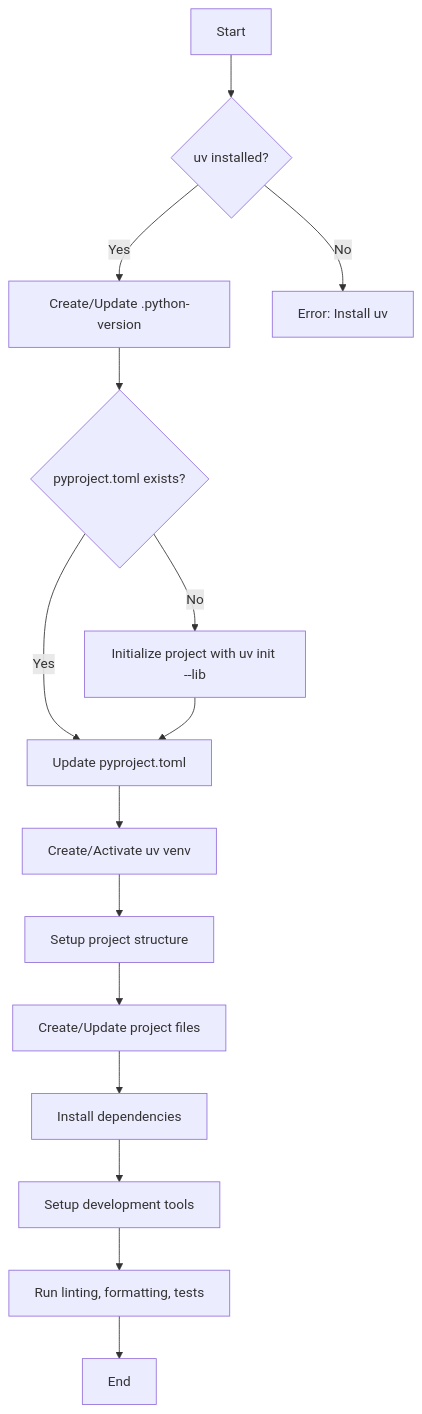
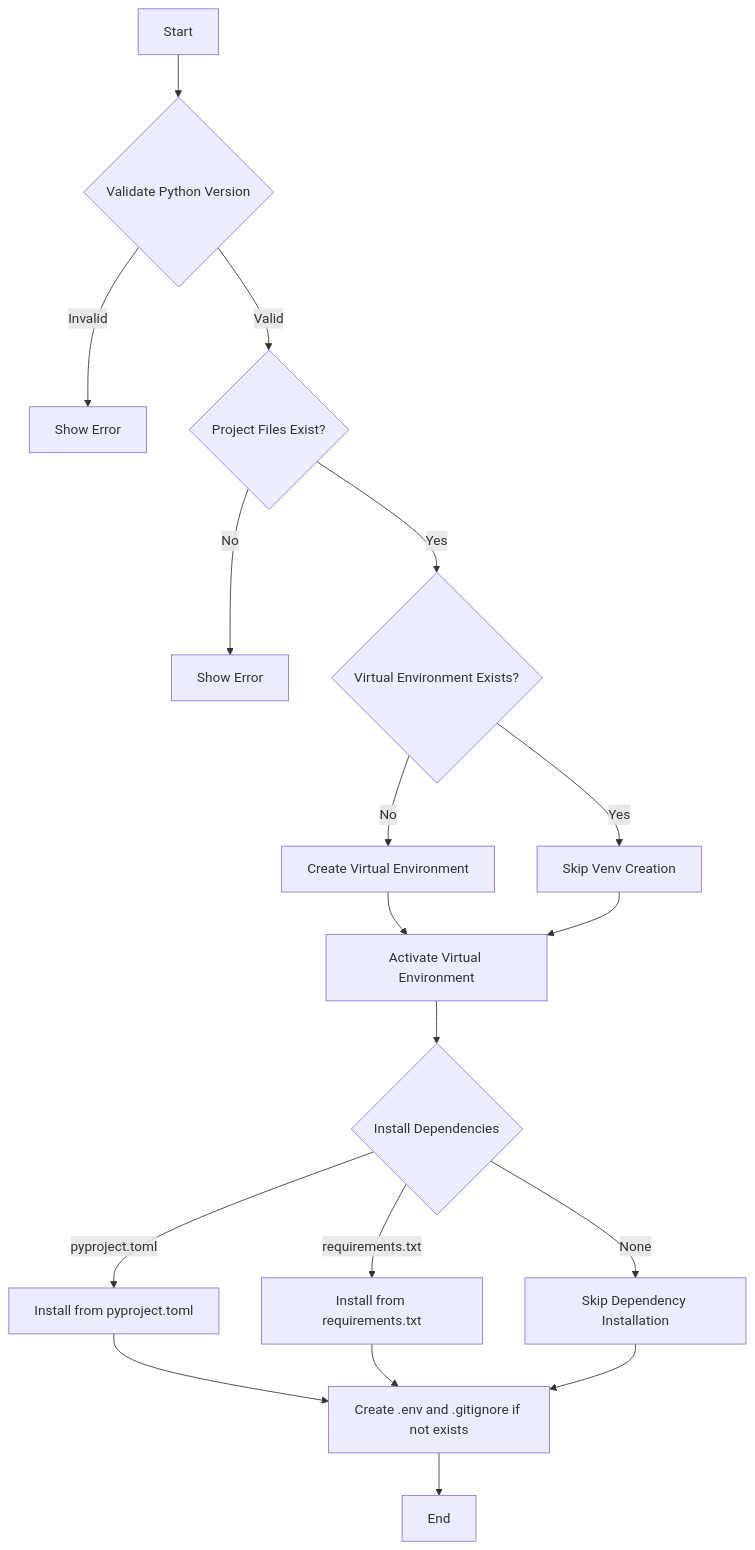
Before and after one commit to CaptainCodeAU/fifty-shades-of-dotfiles: the second of 2 diagrams in README.md, drawn with Mermaid. The commit also changed other lines of this file and 3 other files, not shown here.

````diff
--- a/README.md
+++ b/README.md
@@ -77,17 +54,20 @@
 ```mermaid
-graph TD
-    A[Start] --> B{uv installed?}
-    B -->|Yes| C[Create/Update .python-version]
-    B -->|No| Z[Error: Install uv]
-    C --> D{pyproject.toml exists?}
-    D -->|No| E[Initialize project with uv init --lib]
-    D -->|Yes| F[Update pyproject.toml]
-    E --> F
-    F --> G[Create/Activate uv venv]
-    G --> H[Setup project structure]
-    H --> I[Create/Update project files]
-    I --> J[Install dependencies]
-    J --> K[Setup development tools]
-    K --> L[Run linting, formatting, tests]
-    L --> M[End]
+    graph TD
+        A[Start] --> B{Validate Python Version}
+        B -->|Invalid| C[Show Error]
+        B -->|Valid| D{Project Files Exist?}
+        D -->|No| E[Show Error]
+        D -->|Yes| F{Virtual Environment Exists?}
+        F -->|No| G[Create Virtual Environment]
+        F -->|Yes| H[Skip Venv Creation]
+        G --> I[Activate Virtual Environment]
+        H --> I
+        I --> J{Install Dependencies}
+        J -->|pyproject.toml| K[Install from pyproject.toml]
+        J -->|requirements.txt| L[Install from requirements.txt]
+        J -->|None| M[Skip Dependency Installation]
+        K --> N[Create .env and .gitignore if not exists]
+        L --> N
+        M --> N
+        N --> O[End]
 ```
````
